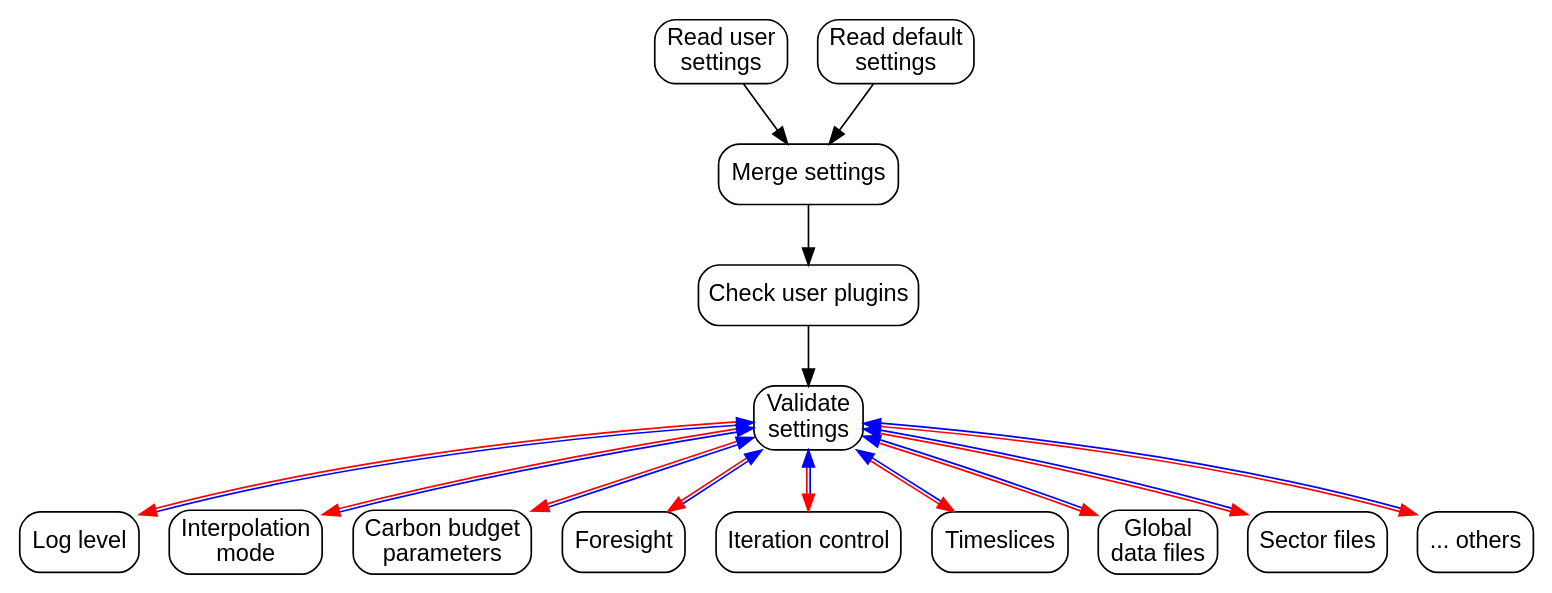
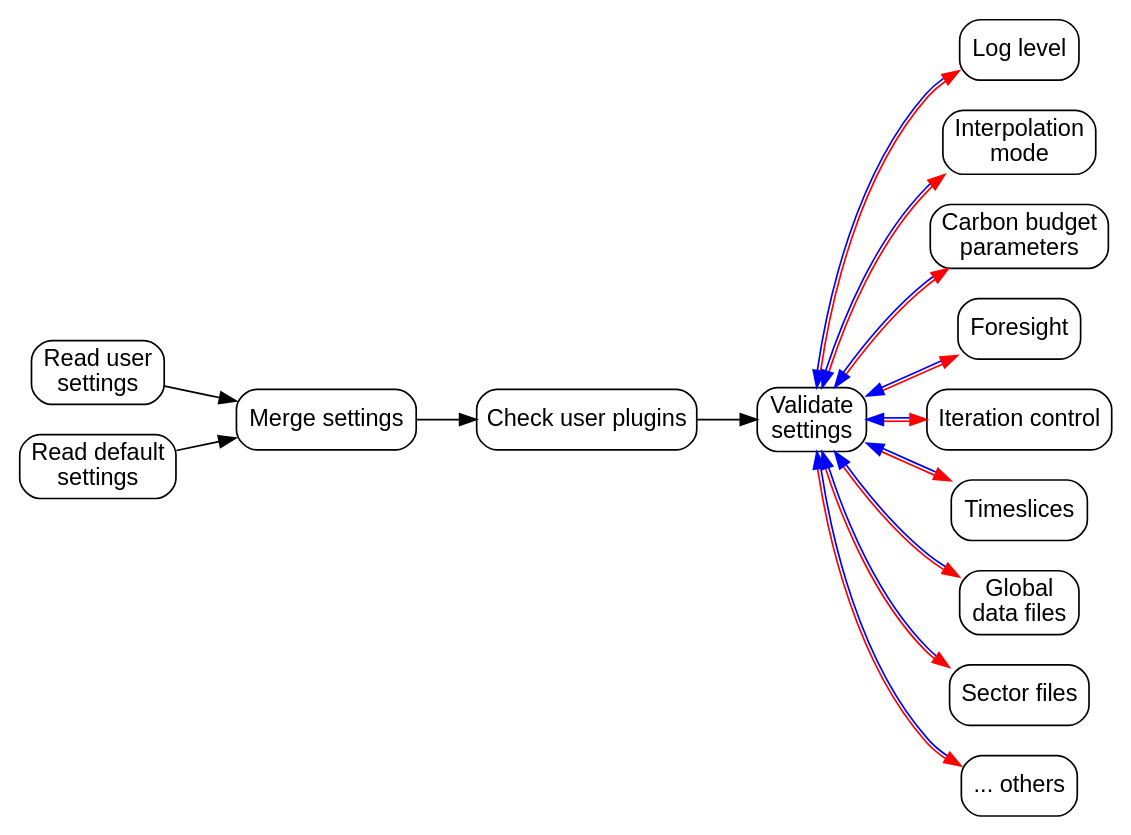
One commit to EnergySystemsModellingLab/MUSE_OS changed the second of 3 diagrams in docs/application-flow.rst. Above: the diagram before and after it, drawn with Graphviz. The commit also changed other lines of this file, not shown here.

Commit message:
Add initial market chart

```diff
--- a/docs/application-flow.rst
+++ b/docs/application-flow.rst
@@ -67,33 +71,33 @@
 .. graphviz::
     :align: center
     :alt: Read settings detailed flow chart
 
     digraph read_settings {
         fontname="Helvetica,Arial,sans-serif"
         node [fontname="Helvetica,Arial,sans-serif", shape=box, style=rounded]
         edge [fontname="Helvetica,Arial,sans-serif", len=2]
-        rankdir=TB
+        rankdir=LR
         labelloc=t
 
         usettings [label="Read user\nsettings"]
         dsettings [label="Read default\nsettings"]
         settings [label="Merge settings"]
         plugins [label="Check user plugins"]
         validate [label="Validate\nsettings"]
 
         usettings -> settings
         dsettings -> settings
         settings -> plugins -> validate
 
         validate -> {
             "Log level"
             "Interpolation\nmode"
             "Carbon budget\nparameters"
             "Foresight"
             "Iteration control"
             "Timeslices"
             "Global\ndata files"
             "Sector files"
             "... others"
         } [dir=both color="red:blue"]
     }
```
